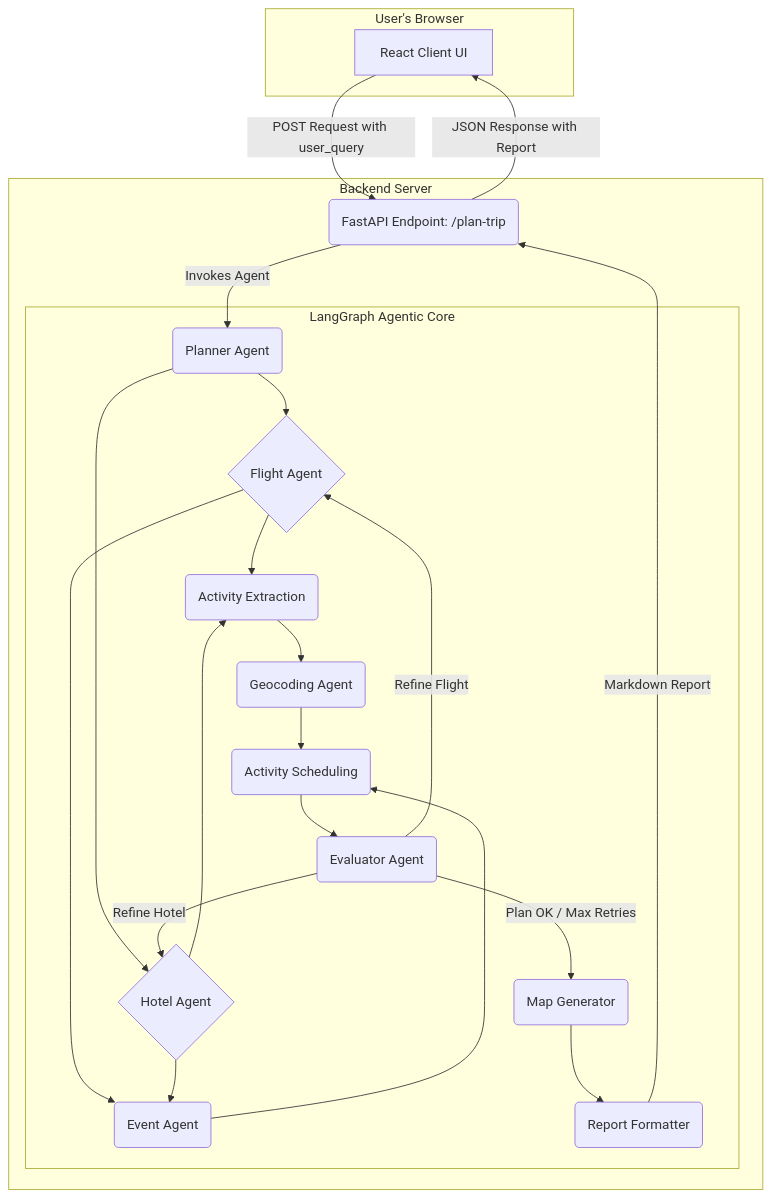
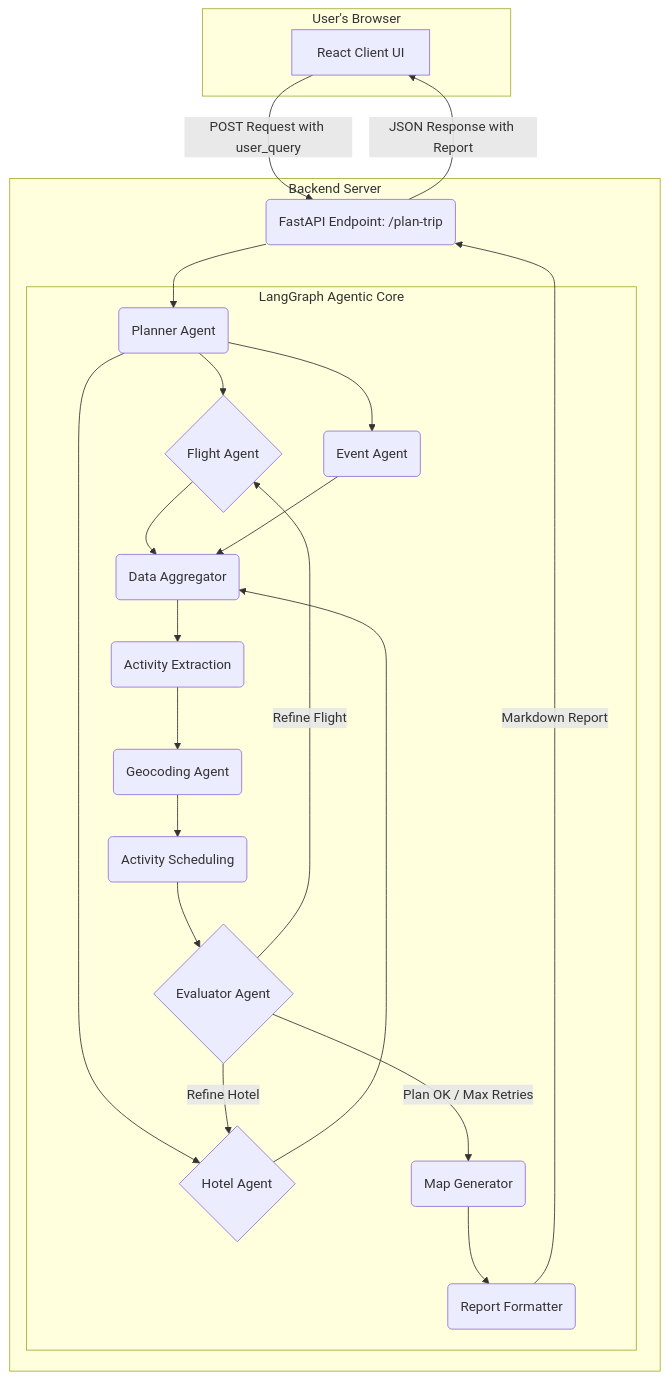
Before and after one commit to berkyalkn/AI-travel-agent: the diagram in README.md, drawn with Mermaid. The commit also changed other lines of this file, not shown here.

Commit message:
Update README.md file

````diff
--- a/README.md
+++ b/README.md
@@ -53,38 +56,46 @@
 ```mermaid
 graph TD
     subgraph "User's Browser"
         A[React Client UI]
     end
 
     subgraph "Backend Server"
         B(FastAPI Endpoint: /plan-trip)
         subgraph LangGraph Agentic Core
             C(Planner Agent)
             D{Flight Agent}
             E{Hotel Agent}
+            J(Event Agent)
+            Agg(Data Aggregator)
             F(Activity Extraction)
-            J(Event Agent)
             K(Geocoding Agent)
             G(Activity Scheduling)
-            H(Evaluator Agent)
+            H{Evaluator Agent}
+            L(Map Generator)
             I(Report Formatter)
-            L(Map Generator)
         end
     end
 
-    
     A -- "POST Request with user_query" --> B
-    B -- "Invokes Agent" --> C
-    C --> D & E
-    D & E --> F & J
+    B --> C
+
+    C --> D
+    C --> E
+    C --> J
+    D --> Agg
+    E --> Agg
+    J --> Agg
+
+    Agg --> F
     F --> K
     K --> G
-    J --> G
     G --> H
-    H -- "Refine Hotel" --> E
-    H -- "Refine Flight" --> D
-    H -- "Plan OK / Max Retries" --> L
+
+    H -->|Refine Hotel| E
+    H -->|Refine Flight| D
+    H -->|Plan OK / Max Retries| L
+
     L --> I
     I -- "Markdown Report" --> B
     B -- "JSON Response with Report" --> A
  ```
````
